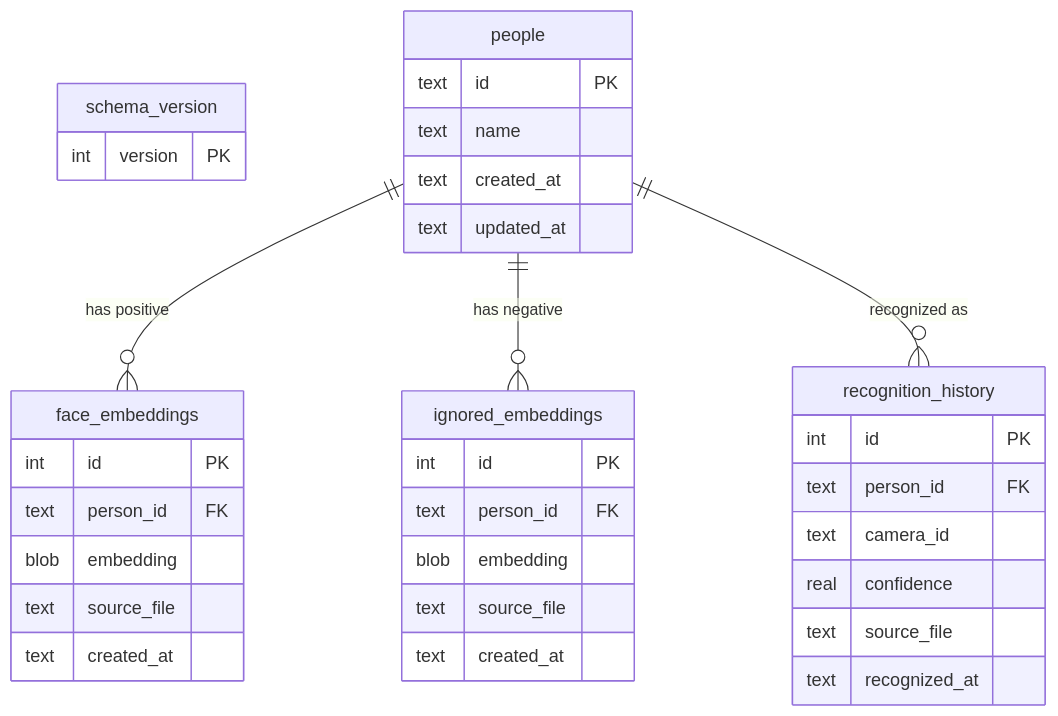
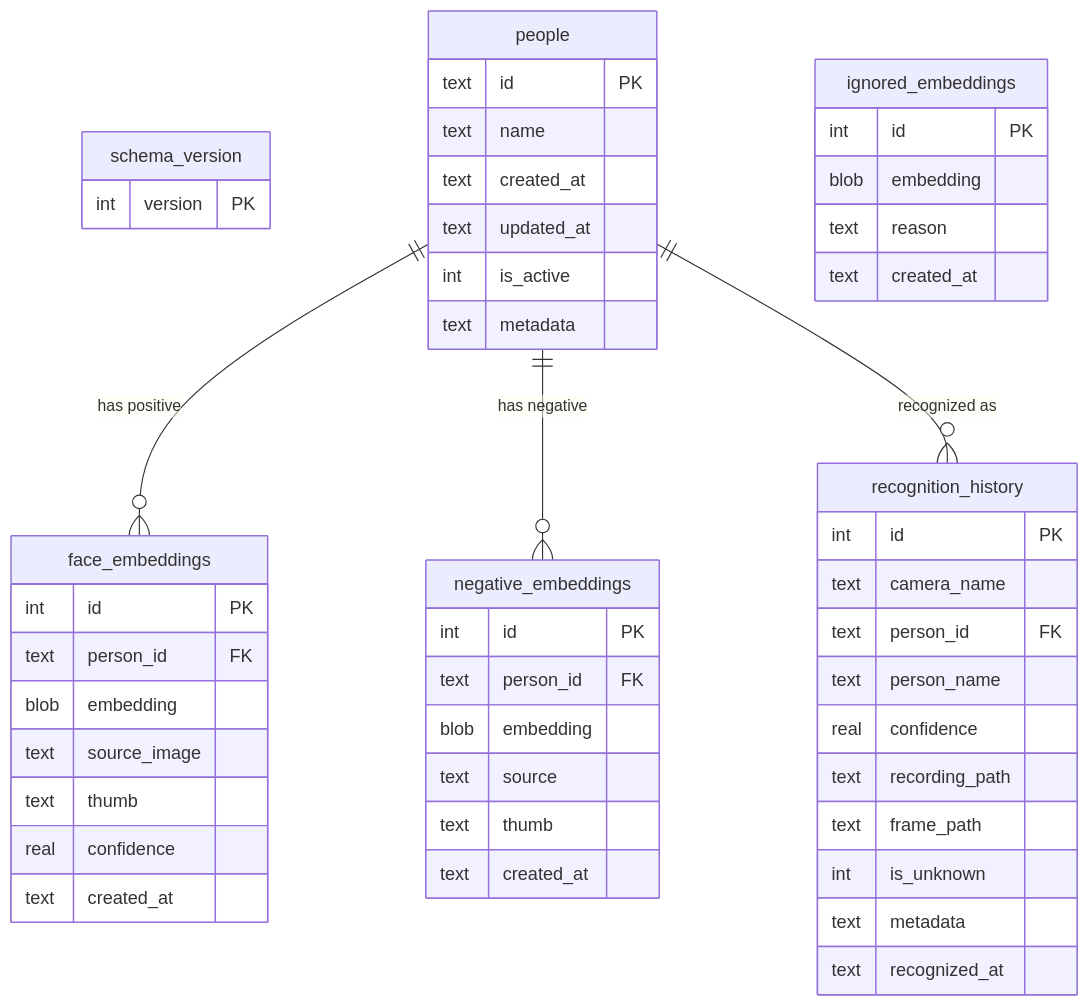
Before and after one commit to brainAThome/Opening_RTSP-Recorder: the eighth of 8 diagrams in README.md, drawn with Mermaid. The commit also changed other lines of this file and 28 other files, not shown here.

````diff
--- a/README.md
+++ b/README.md
@@ -455,42 +608,58 @@
 ```mermaid
 erDiagram
     schema_version {
         int version PK
     }
     
     people {
         text id PK
         text name
         text created_at
         text updated_at
+        int is_active
+        text metadata
     }
     
     face_embeddings {
         int id PK
         text person_id FK
         blob embedding
-        text source_file
+        text source_image
+        text thumb
+        real confidence
+        text created_at
+    }
+    
+    negative_embeddings {
+        int id PK
+        text person_id FK
+        blob embedding
+        text source
+        text thumb
         text created_at
     }
     
     ignored_embeddings {
         int id PK
-        text person_id FK
         blob embedding
-        text source_file
+        text reason
         text created_at
     }
     
     recognition_history {
         int id PK
+        text camera_name
         text person_id FK
-        text camera_id
+        text person_name
         real confidence
-        text source_file
+        text recording_path
+        text frame_path
+        int is_unknown
+        text metadata
         text recognized_at
     }
     
     people ||--o{ face_embeddings : "has positive"
-    people ||--o{ ignored_embeddings : "has negative"
+    people ||--o{ negative_embeddings : "has negative"
     people ||--o{ recognition_history : "recognized as"
 ```
````
